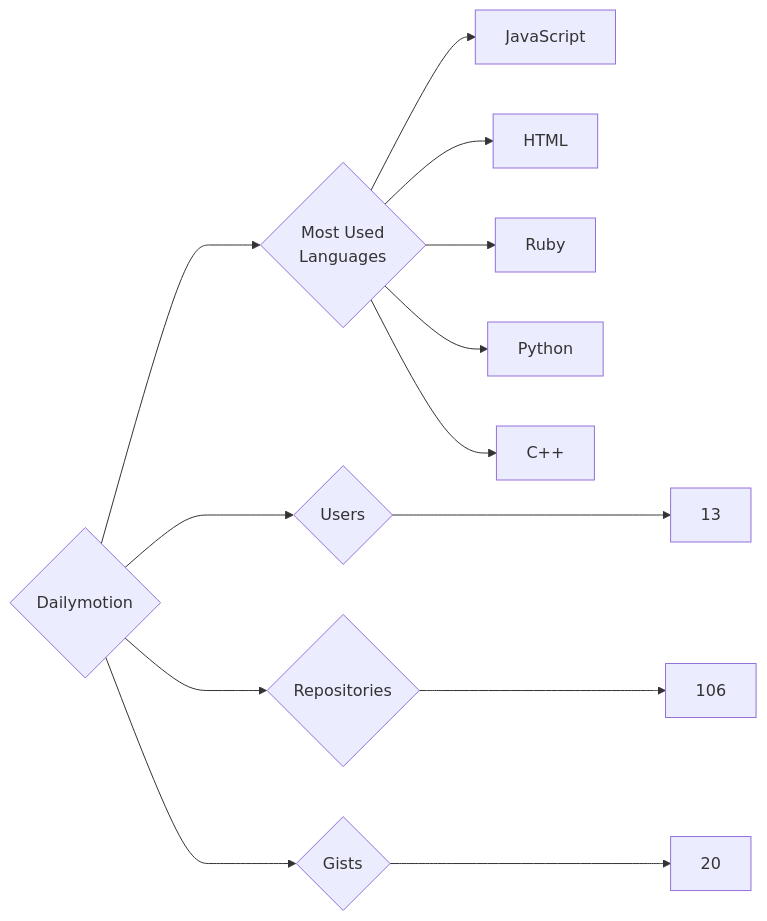
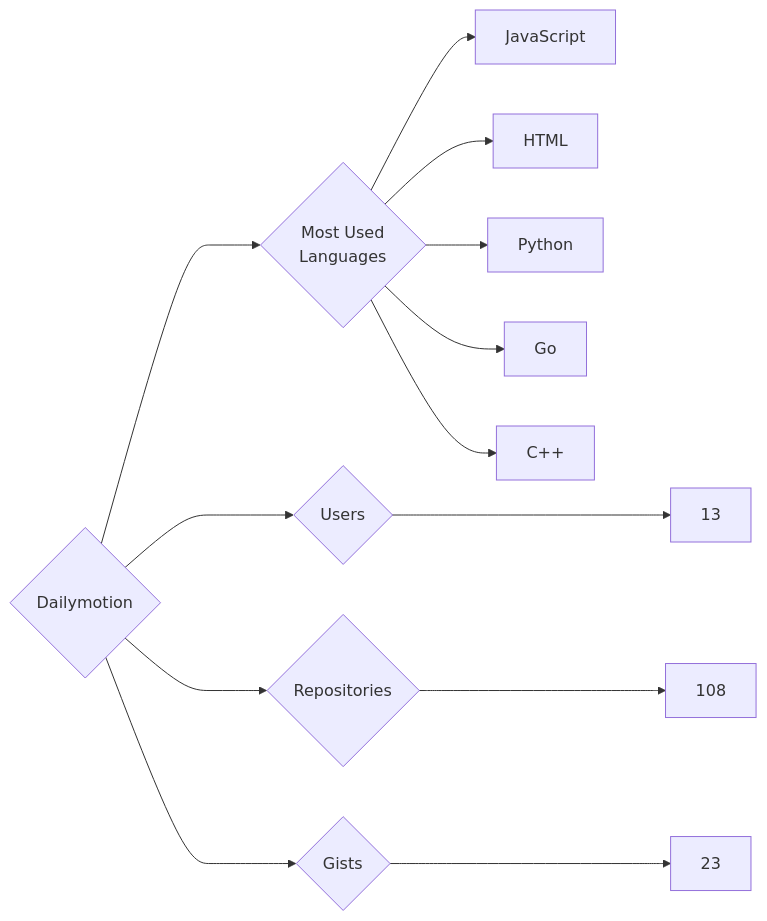
Before and after one commit to trickest/insiders: the diagram in targets/Dailymotion/README.md, drawn with Mermaid. The commit also changed 924 other files, not shown here.

````diff
--- a/targets/Dailymotion/README.md
+++ b/targets/Dailymotion/README.md
@@ -3,13 +3,13 @@
 ```mermaid
 graph LR
 COMPANY_NAME{Dailymotion}
 COMPANY_NAME ---> U{Users} ---> UN[13]
-COMPANY_NAME ---> R{Repositories} ---> RN[106]
-COMPANY_NAME ---> G{Gists} ---> GN[20]
+COMPANY_NAME ---> R{Repositories} ---> RN[108]
+COMPANY_NAME ---> G{Gists} ---> GN[23]
 COMPANY_NAME ---> ML{Most Used<br>Languages}
 ML --> JavaScript[JavaScript]
 ML --> HTML[HTML]
-ML --> Ruby[Ruby]
 ML --> Python[Python]
+ML --> Go[Go]
 ML --> C++[C++]
 ```
````
